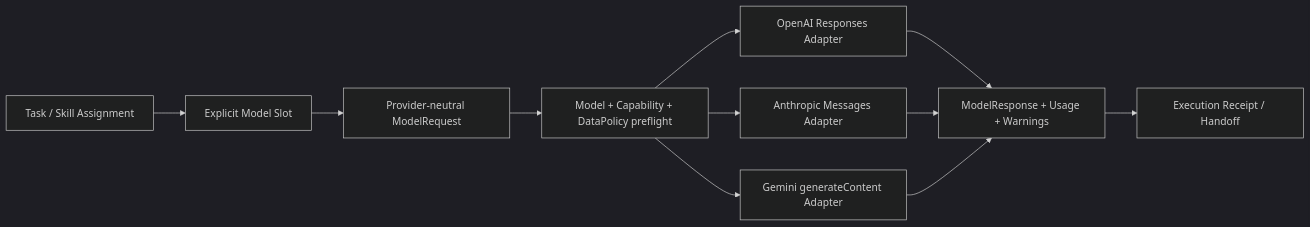
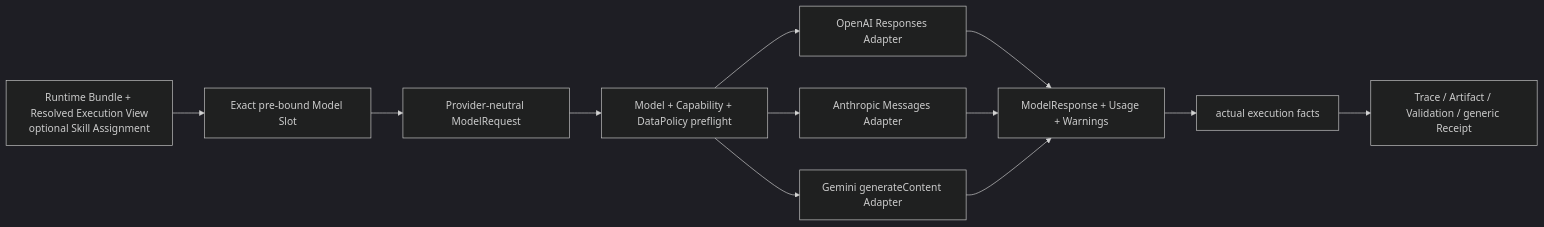
The diagram in docs/implementation/PROVIDER_ADAPTER_PLAN.md (Chengyue-Lu/research-agent-workbench), drawn with Mermaid (dark theme) before and after one commit. The commit also changed other lines of this file and 43 other files, not shown here.

Commit message:
docs: align post-integration architecture and task truth

````diff
--- a/docs/implementation/PROVIDER_ADAPTER_PLAN.md
+++ b/docs/implementation/PROVIDER_ADAPTER_PLAN.md
@@ -13,13 +16,14 @@
 ```mermaid
 flowchart LR
-  Task["Task / Skill Assignment"] --> Slot["Explicit Model Slot"]
+  Input["Runtime Bundle + Resolved Execution View<br/>optional Skill Assignment"] --> Slot["Exact pre-bound Model Slot"]
   Slot --> Port["Provider-neutral ModelRequest"]
   Port --> Gate["Model + Capability + DataPolicy preflight"]
   Gate --> OA["OpenAI Responses Adapter"]
   Gate --> AN["Anthropic Messages Adapter"]
   Gate --> GE["Gemini generateContent Adapter"]
   OA --> Result["ModelResponse + Usage + Warnings"]
   AN --> Result
   GE --> Result
-  Result --> Receipt["Execution Receipt / Handoff"]
+  Result --> Facts["actual execution facts"]
+  Facts --> Receipt["Trace / Artifact / Validation / generic Receipt"]
 ```
````
